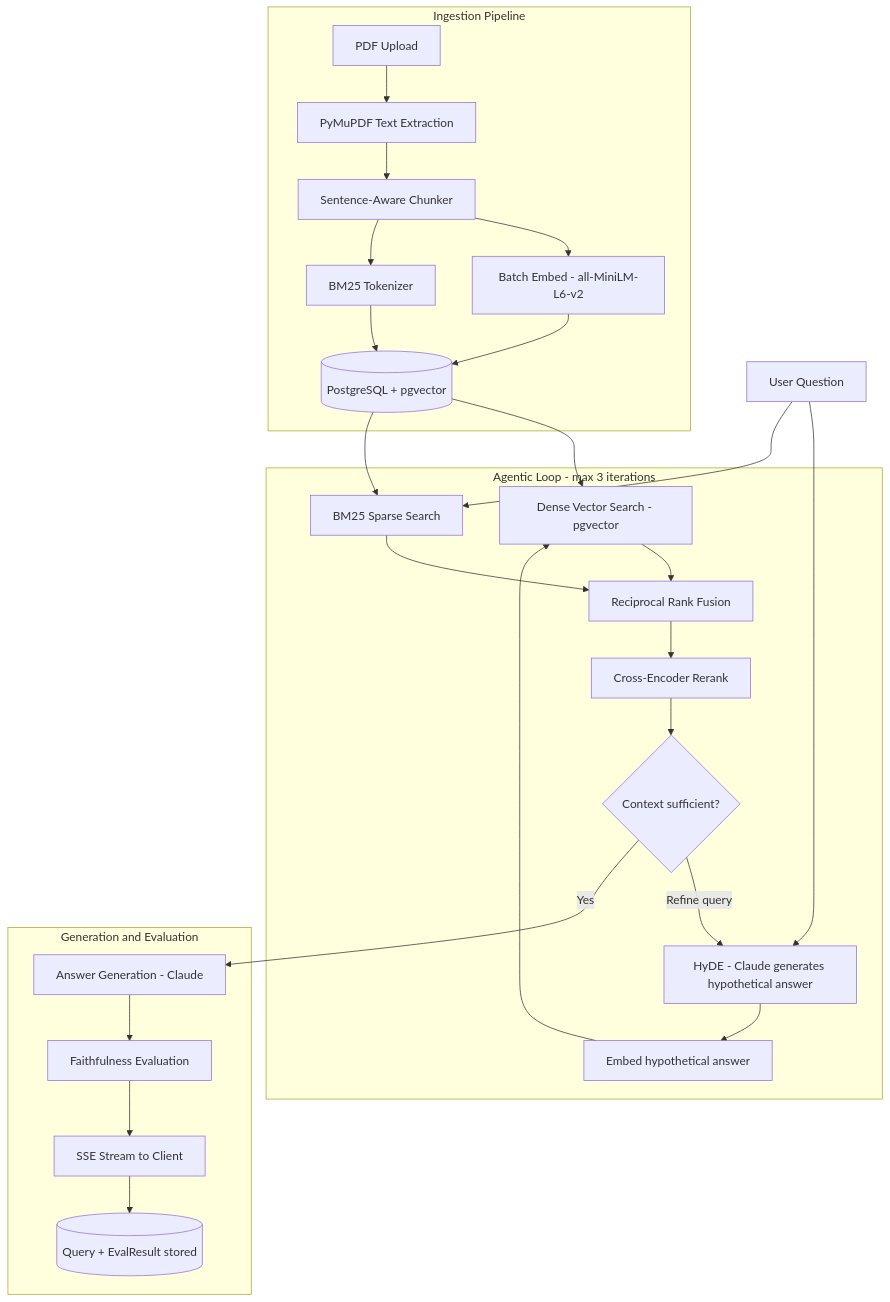
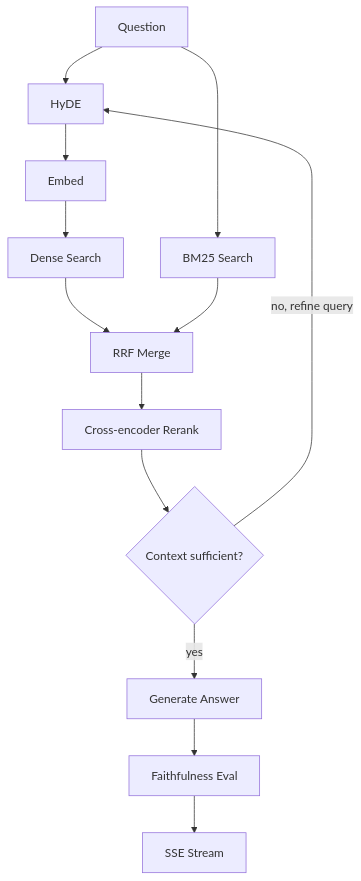
Before and after one commit to duhawk/Scholarly_proj: the second of 2 diagrams in README.md, drawn with Mermaid. The commit also changed other lines of this file, not shown here.

Commit message:
modified mermaid diagrams

````diff
--- a/README.md
+++ b/README.md
@@ -62,51 +76,15 @@
 ```mermaid
 flowchart TD
-    A[PDF Upload] --> B[PyMuPDF Text Extraction]
-    B --> C[Sentence-Aware Chunker]
-    C --> D[Batch Embed - all-MiniLM-L6-v2]
-    C --> E[BM25 Tokenizer]
-    D --> F[(PostgreSQL + pgvector)]
-    E --> F
-
-    G[User Question] --> H[HyDE - Claude generates hypothetical answer]
-    H --> I[Embed hypothetical answer]
-    I --> J[Dense Vector Search - pgvector]
-    G --> K[BM25 Sparse Search]
-    F --> J
-    F --> K
-    J --> L[Reciprocal Rank Fusion]
-    K --> L
-    L --> M[Cross-Encoder Rerank]
-    M --> N{Context sufficient?}
-    N -- Refine query --> H
-    N -- Yes --> O[Answer Generation - Claude]
-    O --> P[Faithfulness Evaluation]
-    P --> Q[SSE Stream to Client]
-    Q --> R[(Query + EvalResult stored)]
-
-    subgraph Ingestion["Ingestion Pipeline"]
-        A
-        B
-        C
-        D
-        E
-        F
-    end
-
-    subgraph AgLoop["Agentic Loop - max 3 iterations"]
-        H
-        I
-        J
-        K
-        L
-        M
-        N
-    end
-
-    subgraph Generation["Generation and Evaluation"]
-        O
-        P
-        Q
-        R
-    end
+    Q[Question] --> H[HyDE]
+    H --> E[Embed]
+    E --> D[Dense Search]
+    Q --> B[BM25 Search]
+    D --> R[RRF Merge]
+    B --> R
+    R --> X[Cross-encoder Rerank]
+    X --> S{Context sufficient?}
+    S -- no, refine query --> H
+    S -- yes --> G[Generate Answer]
+    G --> F[Faithfulness Eval]
+    F --> ST[SSE Stream]
 ```
````
